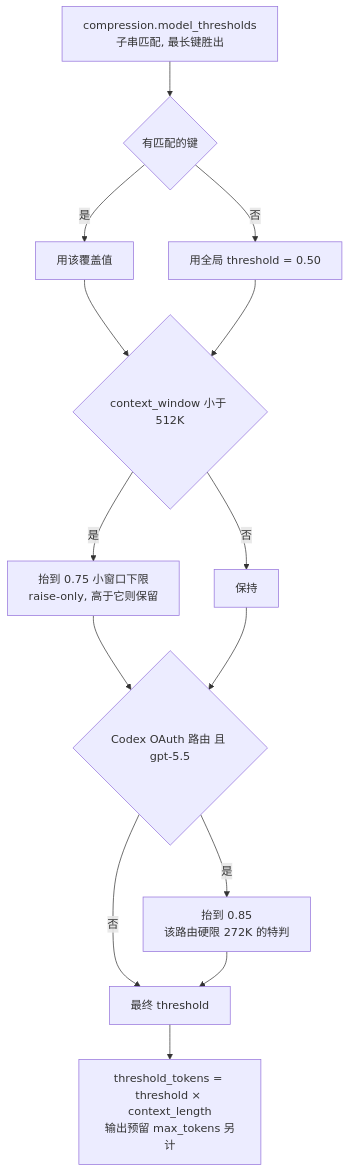
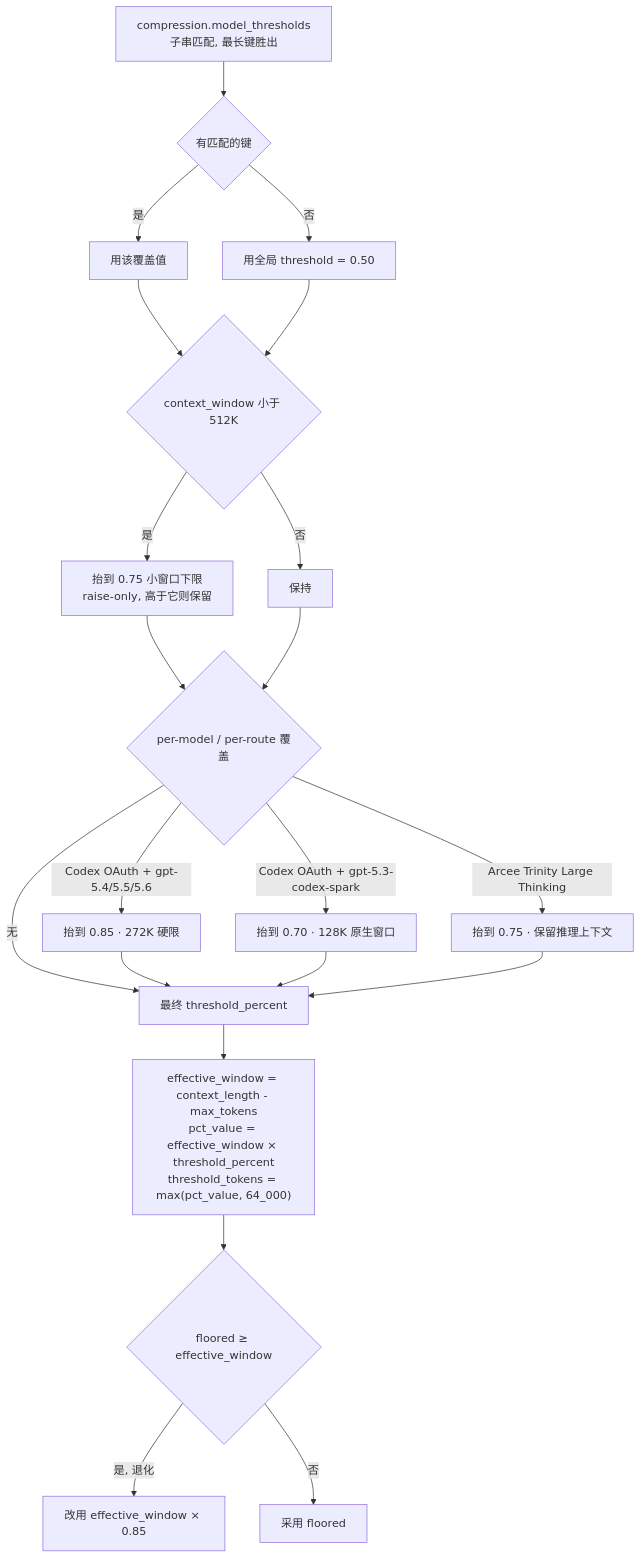
Before and after one commit to caiboyang/ML-learning: the ninth of 18 diagrams in agent-context-compression/Agent_Context_Compression_Research.md, drawn with Mermaid. The commit also changed other lines of this file and 1 other file, not shown here.

````diff
--- a/agent-context-compression/Agent_Context_Compression_Research.md
+++ b/agent-context-compression/Agent_Context_Compression_Research.md
@@ -719,16 +771,23 @@
 ```mermaid
 flowchart TD
     A["compression.model_thresholds<br/>子串匹配, 最长键胜出"] --> B{"有匹配的键"}
     B -->|"是"| C["用该覆盖值"]
     B -->|"否"| D["用全局 threshold = 0.50"]
     C --> E{"context_window 小于 512K"}
     D --> E
     E -->|"是"| F["抬到 0.75 小窗口下限<br/>raise-only, 高于它则保留"]
     E -->|"否"| G["保持"]
-    F --> H{"Codex OAuth 路由 且 gpt-5.5"}
+    F --> H{"per-model / per-route 覆盖"}
     G --> H
-    H -->|"是"| I["抬到 0.85<br/>该路由硬限 272K 的特判"]
-    H -->|"否"| J["最终 threshold"]
+    H -->|"Codex OAuth + gpt-5.4/5.5/5.6"| I["抬到 0.85 · 272K 硬限"]
+    H -->|"Codex OAuth + gpt-5.3-codex-spark"| I2["抬到 0.70 · 128K 原生窗口"]
+    H -->|"Arcee Trinity Large Thinking"| I3["抬到 0.75 · 保留推理上下文"]
+    H -->|"无"| J["最终 threshold_percent"]
     I --> J
-    J --> K["threshold_tokens = threshold × context_length<br/>输出预留 max_tokens 另计"]
+    I2 --> J
+    I3 --> J
+    J --> K["effective_window = context_length - max_tokens<br/>pct_value = effective_window × threshold_percent<br/>threshold_tokens = max(pct_value, 64_000)"]
+    K --> L{"floored ≥ effective_window"}
+    L -->|"是, 退化"| M["改用 effective_window × 0.85"]
+    L -->|"否"| N["采用 floored"]
 ```
````
